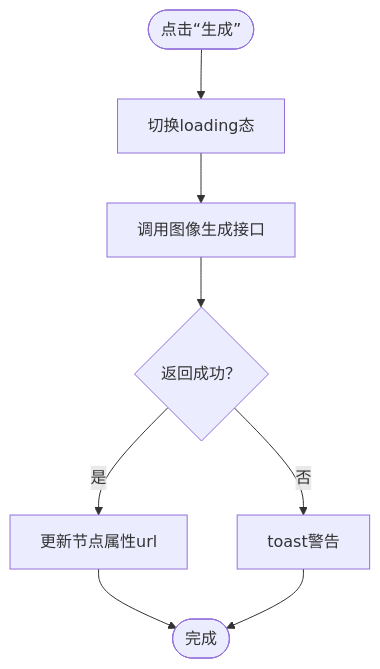
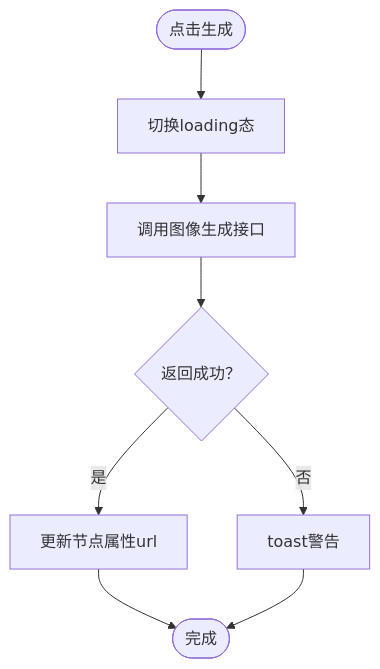
One commit to LRF0422/Kotion changed diagram 11 of 15 in .qoder/repowiki/zh/content/功能模块/AI插件/AI聊天界面.md. Above: the diagram before and after it, drawn with Mermaid. The commit also changed other lines of this file and 75 other files, not shown here.

````diff
--- a/.qoder/repowiki/zh/content/功能模块/AI插件/AI聊天界面.md
+++ b/.qoder/repowiki/zh/content/功能模块/AI插件/AI聊天界面.md
@@ -305,10 +537,10 @@
 ```mermaid
 flowchart TD
-Start(["点击“生成”"]) --> Toggle["切换loading态"]
+Start(["点击"生成""]) --> Toggle["切换loading态"]
 Toggle --> CallAPI["调用图像生成接口"]
 CallAPI --> Resp{"返回成功？"}
 Resp --> |是| UpdateAttr["更新节点属性url"]
 Resp --> |否| Toast["toast警告"]
 UpdateAttr --> End(["完成"])
 Toast --> End
 ```
````
